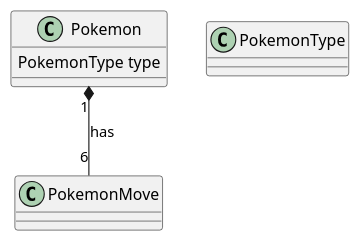
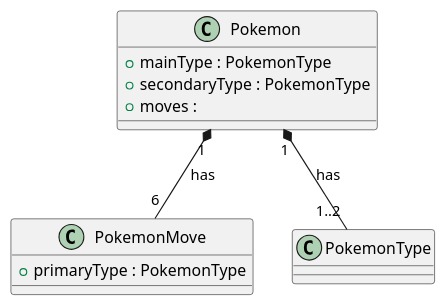
Before and after one commit to jaywha/PokeBase: the diagram in Architecture.puml, drawn with PlantUML. The commit also changed 11 other files, not shown here.

```diff
--- a/Architecture.puml
+++ b/Architecture.puml
@@ -1,9 +1,14 @@
 @startuml Architecture
 class Pokemon {
-    PokemonType type
+    +mainType : PokemonType
+    +secondaryType : PokemonType
+    +moves : 
 }
-class PokemonMove {}
+class PokemonMove {
+    +primaryType : PokemonType
+}
 class PokemonType {}
 
 Pokemon "1" *-- "6" PokemonMove : has
+Pokemon "1" *-- "1..2" PokemonType : has
 @enduml
```
